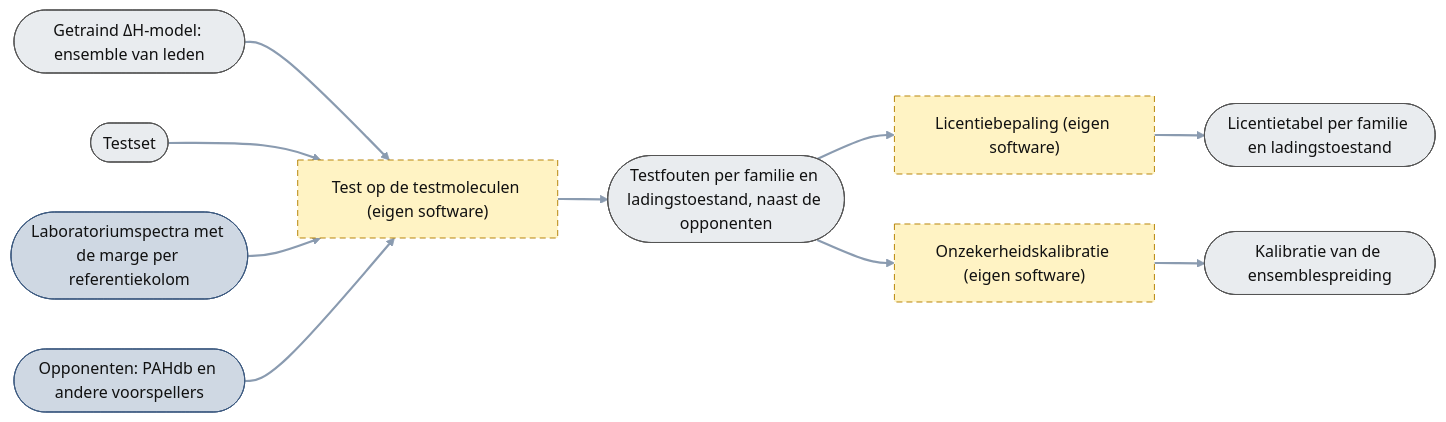
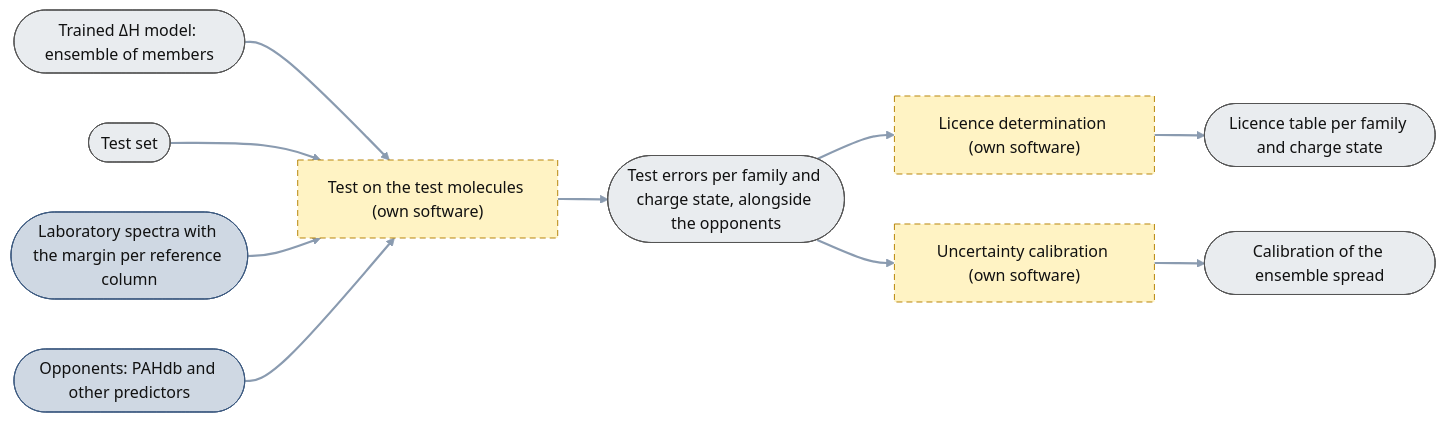
The eighth of 9 diagrams in plans/05_delta-probed-ir-pipeline/GoalGathering/architecture/ARCHITECTURE.md (thebreadishard/udacity-capstone-plan), drawn with Mermaid before and after one commit. The commit also changed other lines of this file and 18 other files, not shown here.

Commit message:
Plan 05 architecture: translated to English (sheets 0-8, PyTorch sheet, index); files renamed to English; mechanical check: same node ids, shapes, classes, edges and subgraphs per sheet, PyTorch AST identical up to docstrings and message strings, all nine sheets render in Mermaid 11

````diff
--- a/plans/05_delta-probed-ir-pipeline/GoalGathering/architecture/ARCHITECTURE.md
+++ b/plans/05_delta-probed-ir-pipeline/GoalGathering/architecture/ARCHITECTURE.md
@@ -351,28 +351,28 @@
 ```mermaid
-%% Test en licentie (niveau 3b): uit het getrainde ΔH-model en de testset komen de licentietabel en de kalibratie die de spectrumpipeline naast het getrainde model gebruikt. De gewichten van het model veranderen hier niet. Doelarchitectuur; nog niet gebouwd.
-%% Rechthoek = processtap (bewerking + software); ronde uiteinden = data-object (het ding). Elke stap levert één data-object. Gestippeld = nog niet gebouwd.
+%% Test and licence (level 3b): from the trained ΔH model and the test set come the licence table and the calibration that the spectrum pipeline uses alongside the trained model. The model's weights do not change here. Target architecture; not built yet.
+%% Rectangle = process step (operation + software); rounded ends = data object (the thing). Every step yields one data object. Dashed = not built yet.
 flowchart LR
   linkStyle default stroke:#8a9bb0,stroke-width:2.2px
   classDef planned stroke-dasharray: 6 4,stroke:#b8860b,fill:#fff3c4,color:#111
   classDef data fill:#e9ecef,stroke:#555,color:#111
   classDef ext fill:#cfd8e3,stroke:#3d5a80,color:#111
 
-  ENS(["Getraind ΔH-model: ensemble van leden"]):::data
-  TESTSET(["Testset"]):::data
-  LABDB(["Laboratoriumspectra met de marge per referentiekolom"]):::ext
-  PAHDB(["Opponenten: PAHdb en andere voorspellers"]):::ext
-  TEST["Test op de testmoleculen (eigen software)"]:::planned
-  TESTR(["Testfouten per familie en ladingstoestand, naast de opponenten"]):::data
-  LIC["Licentiebepaling (eigen software)"]:::planned
-  LICT(["Licentietabel per familie en ladingstoestand"]):::data
-  CAL["Onzekerheidskalibratie (eigen software)"]:::planned
-  CALR(["Kalibratie van de ensemblespreiding"]):::data
+  ENS(["Trained ΔH model: ensemble of members"]):::data
+  TESTSET(["Test set"]):::data
+  LABDB(["Laboratory spectra with the margin per reference column"]):::ext
+  PAHDB(["Opponents: PAHdb and other predictors"]):::ext
+  TEST["Test on the test molecules (own software)"]:::planned
+  TESTR(["Test errors per family and charge state, alongside the opponents"]):::data
+  LIC["Licence determination (own software)"]:::planned
+  LICT(["Licence table per family and charge state"]):::data
+  CAL["Uncertainty calibration (own software)"]:::planned
+  CALR(["Calibration of the ensemble spread"]):::data
 
   ENS --> TEST
   TESTSET --> TEST
   LABDB --> TEST
   PAHDB --> TEST
   TEST --> TESTR
   TESTR --> LIC --> LICT
   TESTR --> CAL --> CALR
 ```
````
